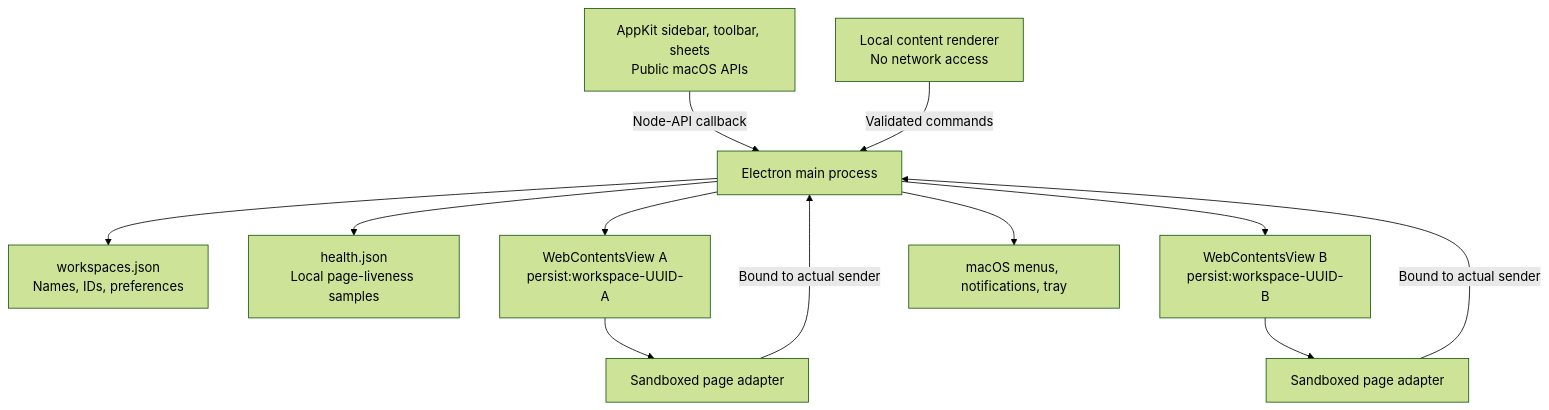
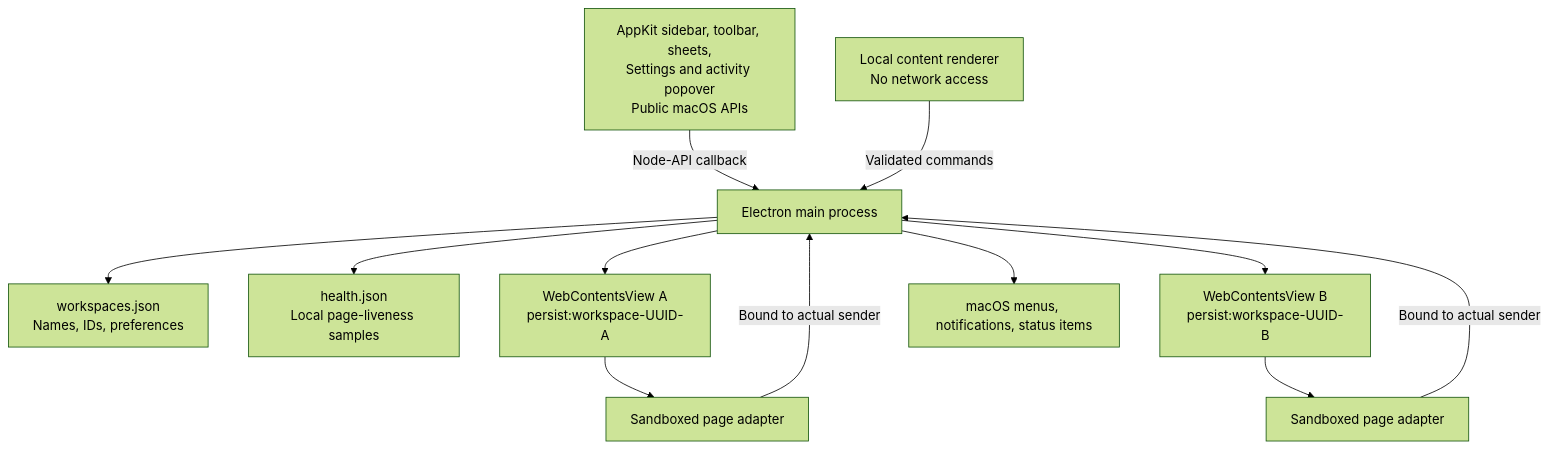
The first of 2 diagrams in docs/architecture.md (ozeitis/quo-switchboard), drawn with Mermaid (forest theme) before and after one commit. The commit also changed other lines of this file and 31 other files, not shown here.

Commit message:
Add native activity dashboard and shared microphone controls

````diff
--- a/docs/architecture.md
+++ b/docs/architecture.md
@@ -7,14 +7,14 @@
 ```mermaid
 flowchart TB
-  Native[AppKit sidebar, toolbar, sheets\nPublic macOS APIs] -->|Node-API callback| Main[Electron main process]
+  Native[AppKit sidebar, toolbar, sheets,\nSettings and activity popover\nPublic macOS APIs] -->|Node-API callback| Main[Electron main process]
   Shell[Local content renderer\nNo network access] -->|Validated commands| Main
   Main --> Store[workspaces.json\nNames, IDs, preferences]
   Main --> Health[health.json\nLocal page-liveness samples]
   Main --> A[WebContentsView A\npersist:workspace-UUID-A]
   Main --> B[WebContentsView B\npersist:workspace-UUID-B]
   A --> PA[Sandboxed page adapter]
   B --> PB[Sandboxed page adapter]
   PA -->|Bound to actual sender| Main
   PB -->|Bound to actual sender| Main
-  Main --> OS[macOS menus, notifications, tray]
+  Main --> OS[macOS menus, notifications, status items]
 ```
````
